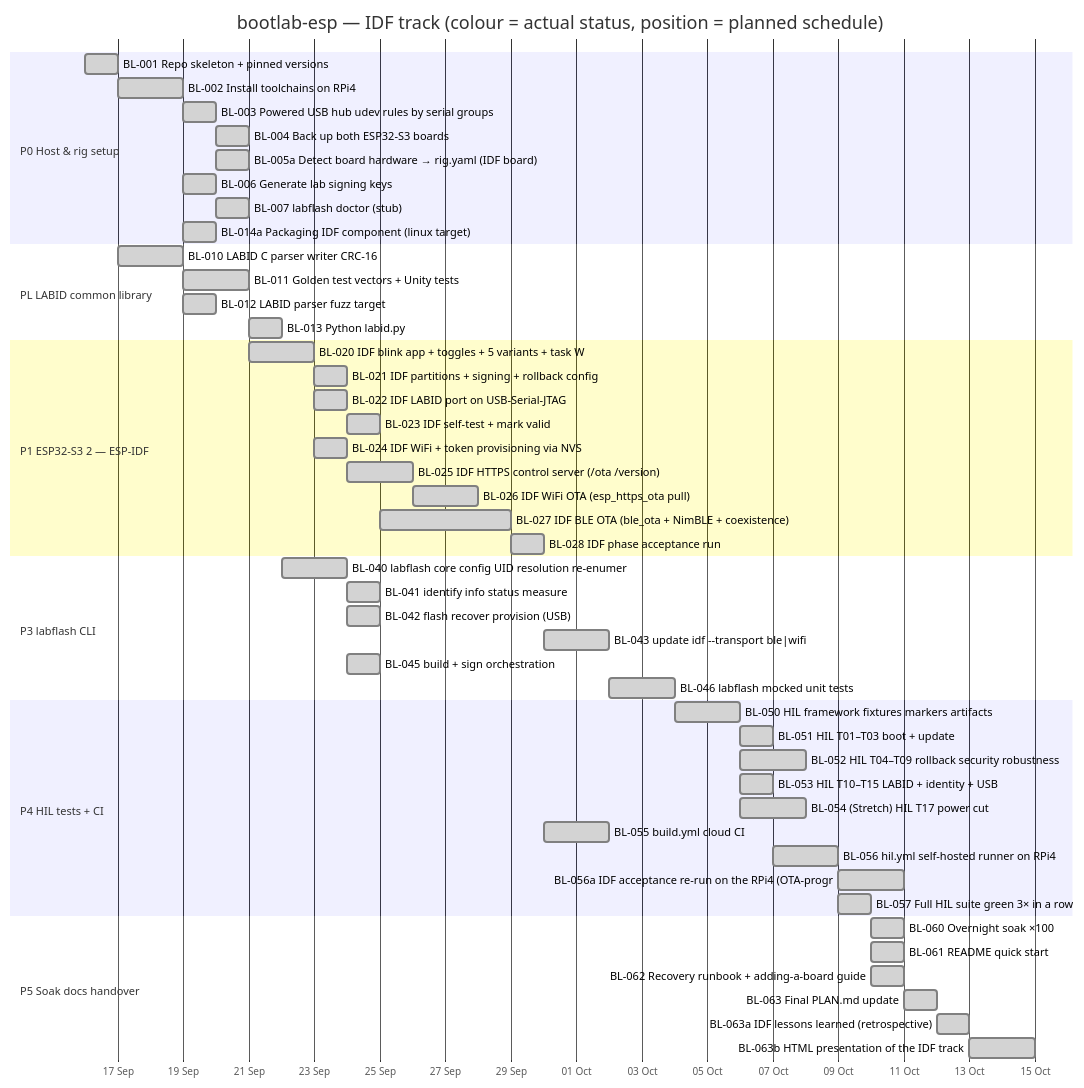
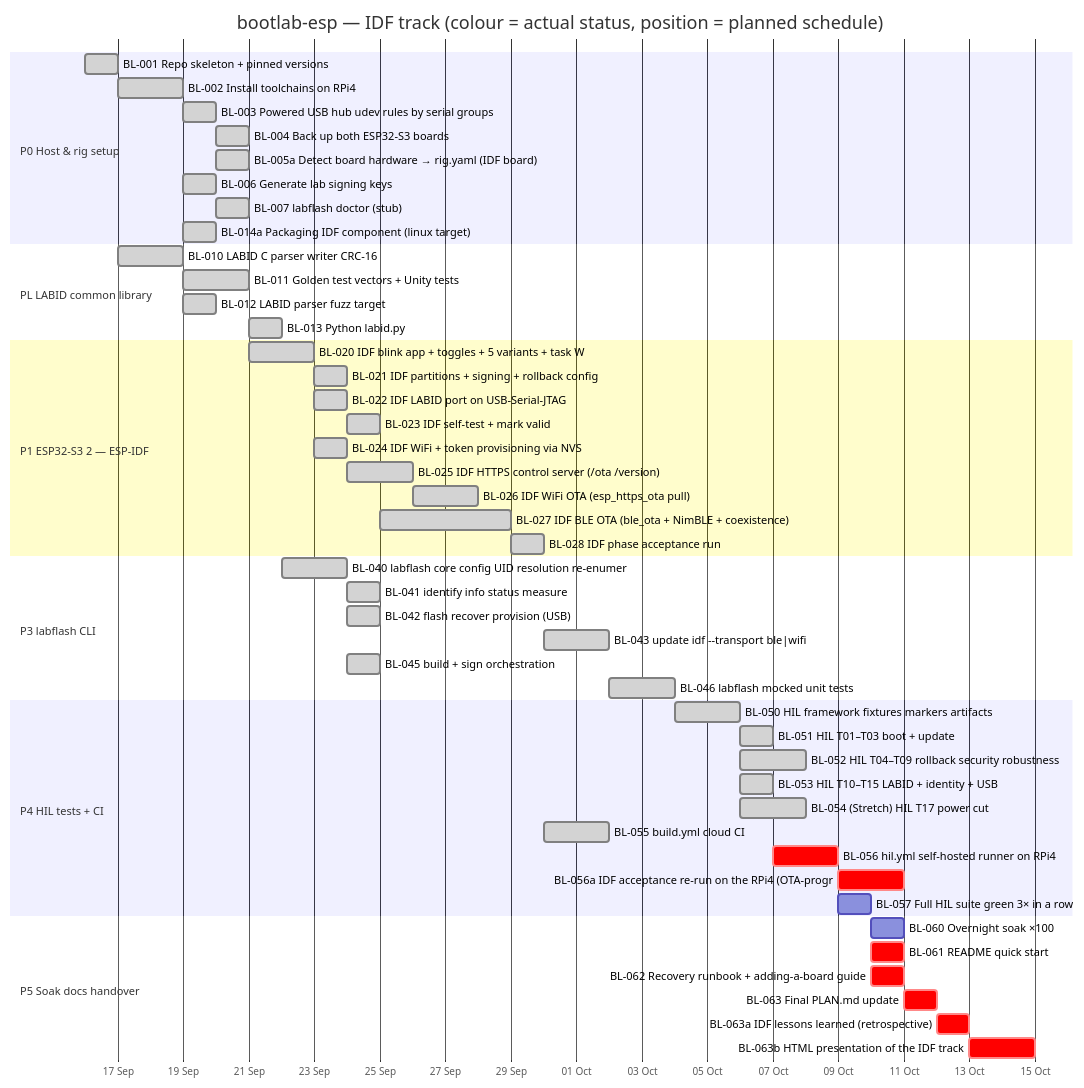
One commit to mohamed-soubhi/bootlab-esp changed the first of 2 diagrams in tickets/GANTT.md. Above: the diagram before and after it, drawn with Mermaid. The commit also changed other lines of this file and 15 other files, not shown here.

````diff
--- a/tickets/GANTT.md
+++ b/tickets/GANTT.md
@@ -28,55 +28,55 @@
 ```mermaid
 gantt
     title bootlab-esp — IDF track (colour = actual status, position = planned schedule)
     dateFormat YYYY-MM-DD
     axisFormat %d %b
     todayMarker stroke-width:3px,stroke:#f80,opacity:0.7
     section P0 Host & rig setup
     BL-001 Repo skeleton + pinned versions :done, bl001, 2026-09-16, 1d
     BL-002 Install toolchains on RPi4 :done, bl002, 2026-09-17, 2d
     BL-003 Powered USB hub udev rules by serial groups :done, bl003, 2026-09-19, 1d
     BL-004 Back up both ESP32-S3 boards :done, bl004, 2026-09-20, 1d
     BL-005a Detect board hardware → rig.yaml (IDF board) :done, bl005a, 2026-09-20, 1d
     BL-006 Generate lab signing keys :done, bl006, 2026-09-19, 1d
     BL-007 labflash doctor (stub) :done, bl007, 2026-09-20, 1d
     BL-014a Packaging IDF component (linux target) :done, bl014a, 2026-09-19, 1d
     section PL LABID common library
     BL-010 LABID C parser writer CRC-16 :done, bl010, 2026-09-17, 2d
     BL-011 Golden test vectors + Unity tests :done, bl011, 2026-09-19, 2d
     BL-012 LABID parser fuzz target :done, bl012, 2026-09-19, 1d
     BL-013 Python labid.py :done, bl013, 2026-09-21, 1d
     section P1 ESP32-S3 2 — ESP-IDF
     BL-020 IDF blink app + toggles + 5 variants + task W :done, bl020, 2026-09-21, 2d
     BL-021 IDF partitions + signing + rollback config :done, bl021, 2026-09-23, 1d
     BL-022 IDF LABID port on USB-Serial-JTAG :done, bl022, 2026-09-23, 1d
     BL-023 IDF self-test + mark valid :done, bl023, 2026-09-24, 1d
     BL-024 IDF WiFi + token provisioning via NVS :done, bl024, 2026-09-23, 1d
     BL-025 IDF HTTPS control server (/ota /version) :done, bl025, 2026-09-24, 2d
     BL-026 IDF WiFi OTA (esp_https_ota pull) :done, bl026, 2026-09-26, 2d
     BL-027 IDF BLE OTA (ble_ota + NimBLE + coexistence) :done, bl027, 2026-09-25, 4d
     BL-028 IDF phase acceptance run :done, bl028, 2026-09-29, 1d
     section P3 labflash CLI
     BL-040 labflash core config UID resolution re-enumer :done, bl040, 2026-09-22, 2d
     BL-041 identify info status measure :done, bl041, 2026-09-24, 1d
     BL-042 flash recover provision (USB) :done, bl042, 2026-09-24, 1d
     BL-043 update idf --transport ble|wifi :done, bl043, 2026-09-30, 2d
     BL-045 build + sign orchestration :done, bl045, 2026-09-24, 1d
     BL-046 labflash mocked unit tests :done, bl046, 2026-10-02, 2d
     section P4 HIL tests + CI
     BL-050 HIL framework fixtures markers artifacts :done, bl050, 2026-10-04, 2d
     BL-051 HIL T01–T03 boot + update :done, bl051, 2026-10-06, 1d
     BL-052 HIL T04–T09 rollback security robustness :done, bl052, 2026-10-06, 2d
     BL-053 HIL T10–T15 LABID + identity + USB :done, bl053, 2026-10-06, 1d
     BL-054 (Stretch) HIL T17 power cut :done, bl054, 2026-10-06, 2d
     BL-055 build.yml cloud CI :done, bl055, 2026-09-30, 2d
-    BL-056 hil.yml self-hosted runner on RPi4 :done, bl056, 2026-10-07, 2d
-    BL-056a IDF acceptance re-run on the RPi4 (OTA-progr :done, bl056a, 2026-10-09, 2d
-    BL-057 Full HIL suite green 3× in a row :done, bl057, 2026-10-09, 1d
+    BL-056 hil.yml self-hosted runner on RPi4 :crit, bl056, 2026-10-07, 2d
+    BL-056a IDF acceptance re-run on the RPi4 (OTA-progr :crit, bl056a, 2026-10-09, 2d
+    BL-057 Full HIL suite green 3× in a row :bl057, 2026-10-09, 1d
     section P5 Soak docs handover
-    BL-060 Overnight soak ×100 :done, bl060, 2026-10-10, 1d
-    BL-061 README quick start :done, bl061, 2026-10-10, 1d
-    BL-062 Recovery runbook + adding-a-board guide :done, bl062, 2026-10-10, 1d
-    BL-063 Final PLAN.md update :done, bl063, 2026-10-11, 1d
-    BL-063a IDF lessons learned (retrospective) :done, bl063a, 2026-10-12, 1d
-    BL-063b HTML presentation of the IDF track :done, bl063b, 2026-10-13, 2d
+    BL-060 Overnight soak ×100 :bl060, 2026-10-10, 1d
+    BL-061 README quick start :crit, bl061, 2026-10-10, 1d
+    BL-062 Recovery runbook + adding-a-board guide :crit, bl062, 2026-10-10, 1d
+    BL-063 Final PLAN.md update :crit, bl063, 2026-10-11, 1d
+    BL-063a IDF lessons learned (retrospective) :crit, bl063a, 2026-10-12, 1d
+    BL-063b HTML presentation of the IDF track :crit, bl063b, 2026-10-13, 2d
 ```
````
